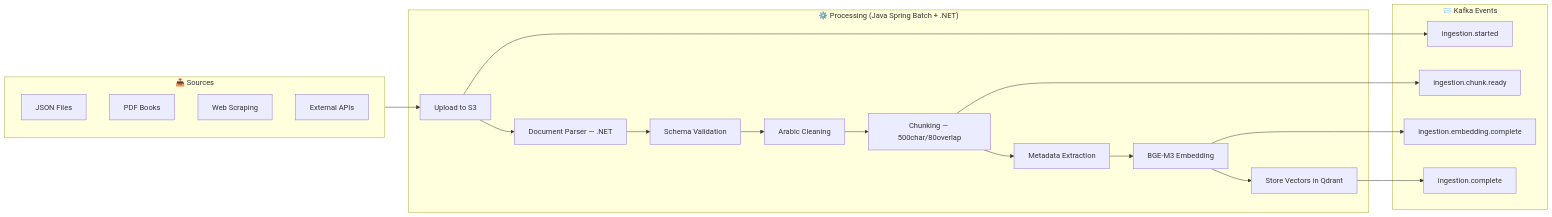
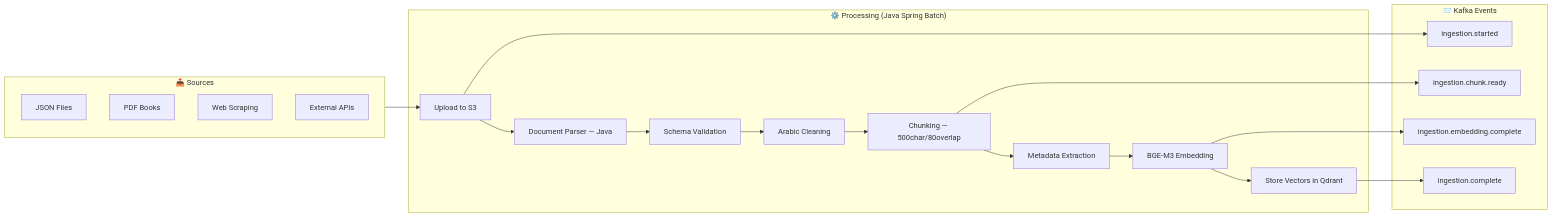
One commit to Polar-ORG0/Mishkat-Plan changed the diagram in src/assets/mishkat_final_blueprint_part2.md. Above: the diagram before and after it, drawn with Mermaid. The commit also changed other lines of this file and 6 other files, not shown here.

````diff
--- a/src/assets/mishkat_final_blueprint_part2.md
+++ b/src/assets/mishkat_final_blueprint_part2.md
@@ -95,34 +95,34 @@
 ```mermaid
 flowchart LR
     subgraph Input["📥 Sources"]
         JSON[JSON Files]
         PDF[PDF Books]
         WEB[Web Scraping]
         API[External APIs]
     end
 
-    subgraph Pipeline["⚙️ Processing (Java Spring Batch + .NET)"]
+    subgraph Pipeline["⚙️ Processing (Java Spring Batch)"]
         UPLOAD[Upload to S3]
-        PARSE[Document Parser — .NET]
+        PARSE[Document Parser — Java]
         VALIDATE[Schema Validation]
         CLEAN_P[Arabic Cleaning]
         CHUNK_P[Chunking — 500char/80overlap]
         META[Metadata Extraction]
         EMBED_P[BGE-M3 Embedding]
         STORE_P[Store Vectors in Qdrant]
     end
 
     subgraph Events["📨 Kafka Events"]
         E1[ingestion.started]
         E2[ingestion.chunk.ready]
         E3[ingestion.embedding.complete]
         E4[ingestion.complete]
     end
 
     Input --> UPLOAD --> PARSE --> VALIDATE --> CLEAN_P --> CHUNK_P --> META
     META --> EMBED_P --> STORE_P
     UPLOAD --> E1
     CHUNK_P --> E2
     EMBED_P --> E3
     STORE_P --> E4
 ```
````
